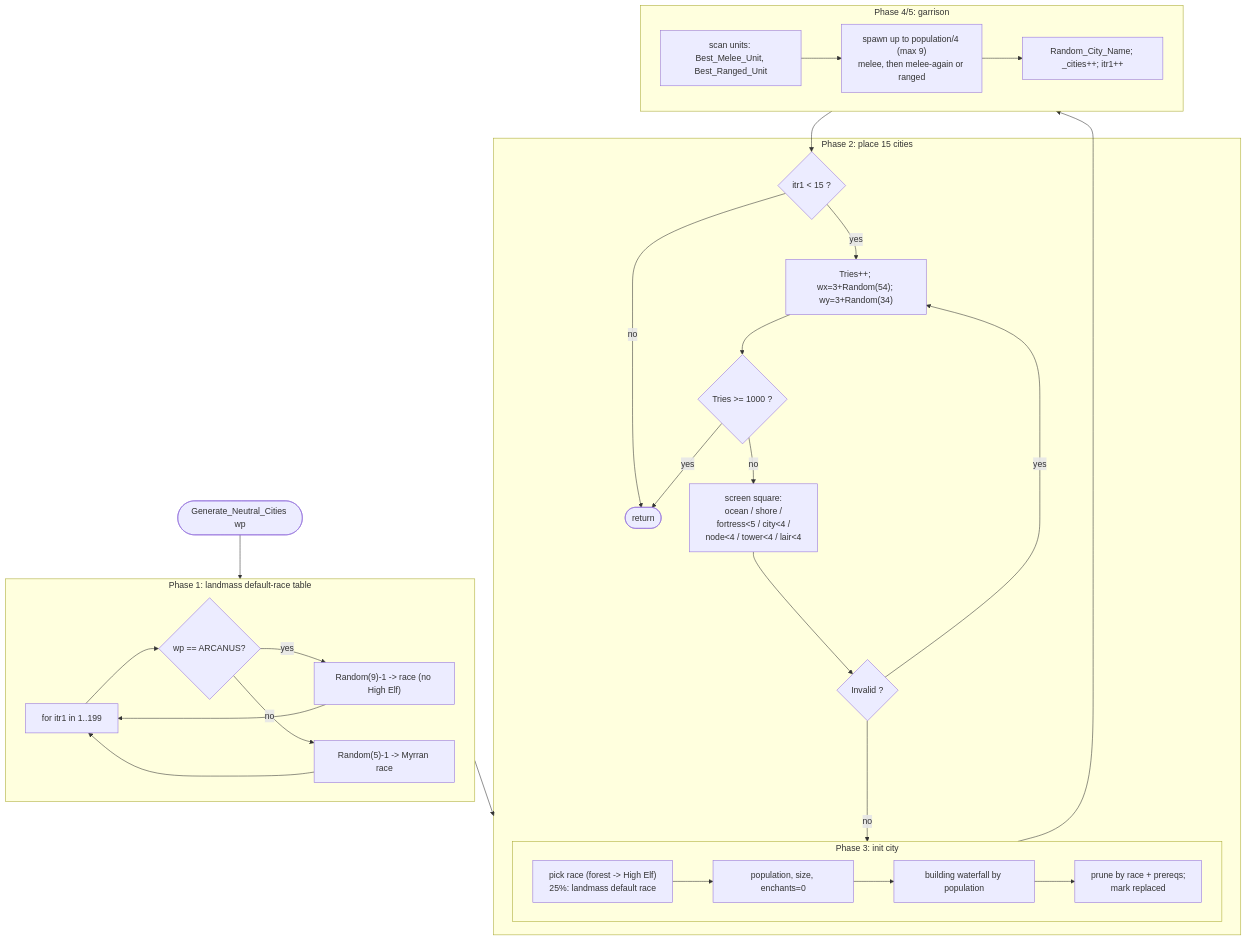
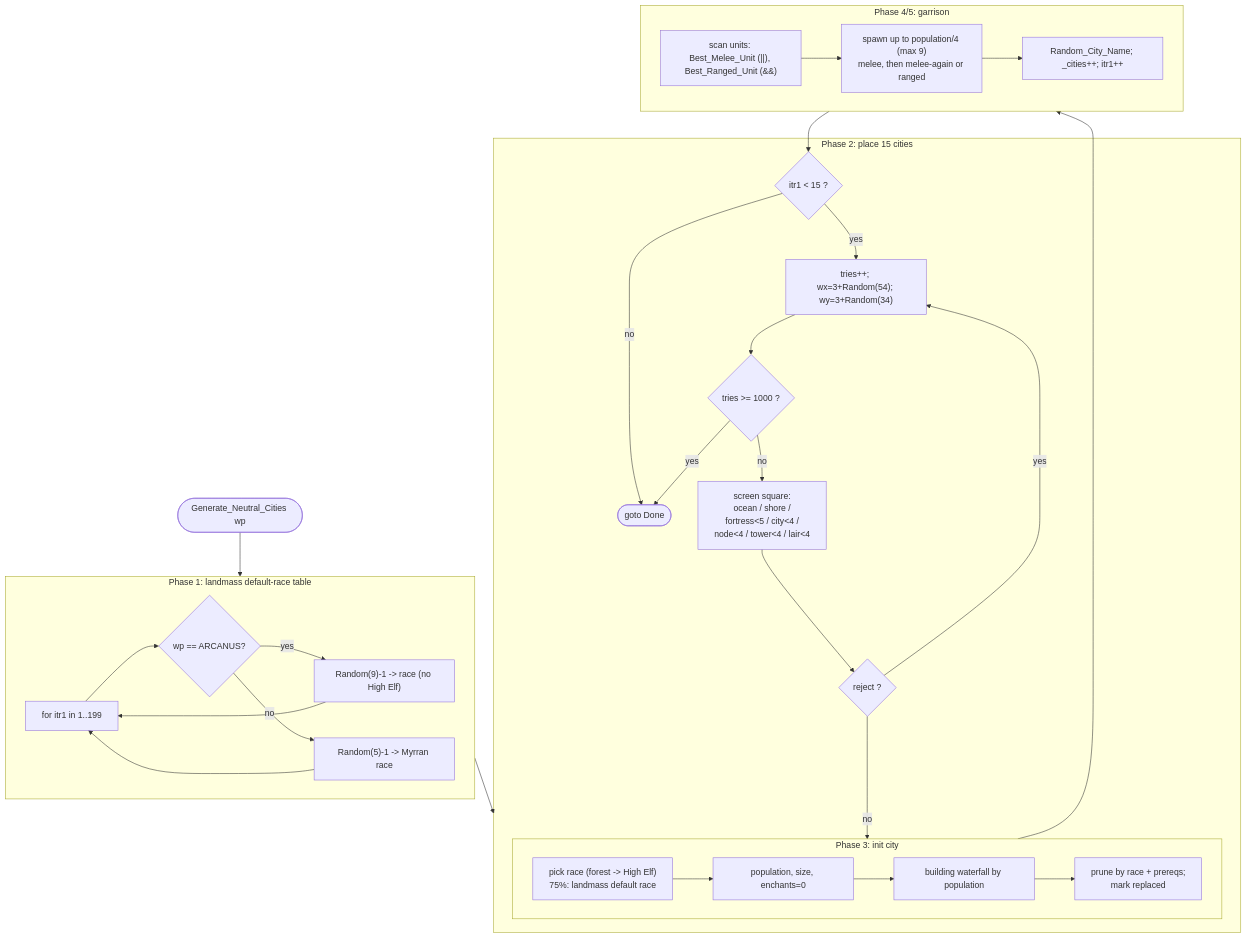
The diagram in doc/NewGame/MAPGEN-Generate_Neutral_Cities.md (jbalcomb/ReMoM), drawn with Mermaid before and after one commit. The commit also changed other lines of this file and 2 other files, not shown here.

Commit message:
done-done Generate_Neutral_Cities()

````diff
--- a/doc/NewGame/MAPGEN-Generate_Neutral_Cities.md
+++ b/doc/NewGame/MAPGEN-Generate_Neutral_Cities.md
@@ -123,40 +130,40 @@
 ```mermaid
 flowchart TD
     Start([Generate_Neutral_Cities wp]) --> P1
 
     subgraph P1[Phase 1: landmass default-race table]
         L1["for itr1 in 1..199"] --> ARC{wp == ARCANUS?}
         ARC -- yes --> RA["Random(9)-1 -> race (no High Elf)"]
         ARC -- no --> RM["Random(5)-1 -> Myrran race"]
         RA --> L1
         RM --> L1
     end
 
     P1 --> P2
 
     subgraph P2[Phase 2: place 15 cities]
-        Loop{"itr1 < 15 ?"} -- no --> Done([return])
-        Loop -- yes --> Pick["Tries++; wx=3+Random(54); wy=3+Random(34)"]
-        Pick --> Cap1{"Tries >= 1000 ?"}
+        Loop{"itr1 < 15 ?"} -- no --> Done([goto Done])
+        Loop -- yes --> Pick["tries++; wx=3+Random(54); wy=3+Random(34)"]
+        Pick --> Cap1{"tries >= 1000 ?"}
         Cap1 -- yes --> Done
         Cap1 -- no --> Valid["screen square:\nocean / shore /\nfortress<5 / city<4 /\nnode<4 / tower<4 / lair<4"]
-        Valid --> Inv{"Invalid ?"}
+        Valid --> Inv{"reject ?"}
         Inv -- yes --> Pick
         Inv -- no --> Init
     end
 
     subgraph Init[Phase 3: init city]
-        R["pick race (forest -> High Elf)\n25%: landmass default race"] --> Pop["population, size, enchants=0"]
+        R["pick race (forest -> High Elf)\n75%: landmass default race"] --> Pop["population, size, enchants=0"]
         Pop --> Bld["building waterfall by population"]
         Bld --> Prune["prune by race + prereqs;\nmark replaced"]
     end
 
     Init --> Gar
 
     subgraph Gar[Phase 4/5: garrison]
-        Best["scan units: Best_Melee_Unit, Best_Ranged_Unit"] --> Spawn["spawn up to population/4 (max 9)\nmelee, then melee-again or ranged"]
+        Best["scan units: Best_Melee_Unit (||), Best_Ranged_Unit (&&)"] --> Spawn["spawn up to population/4 (max 9)\nmelee, then melee-again or ranged"]
         Spawn --> Name["Random_City_Name; _cities++; itr1++"]
     end
 
     Gar --> Loop
 ```
````
